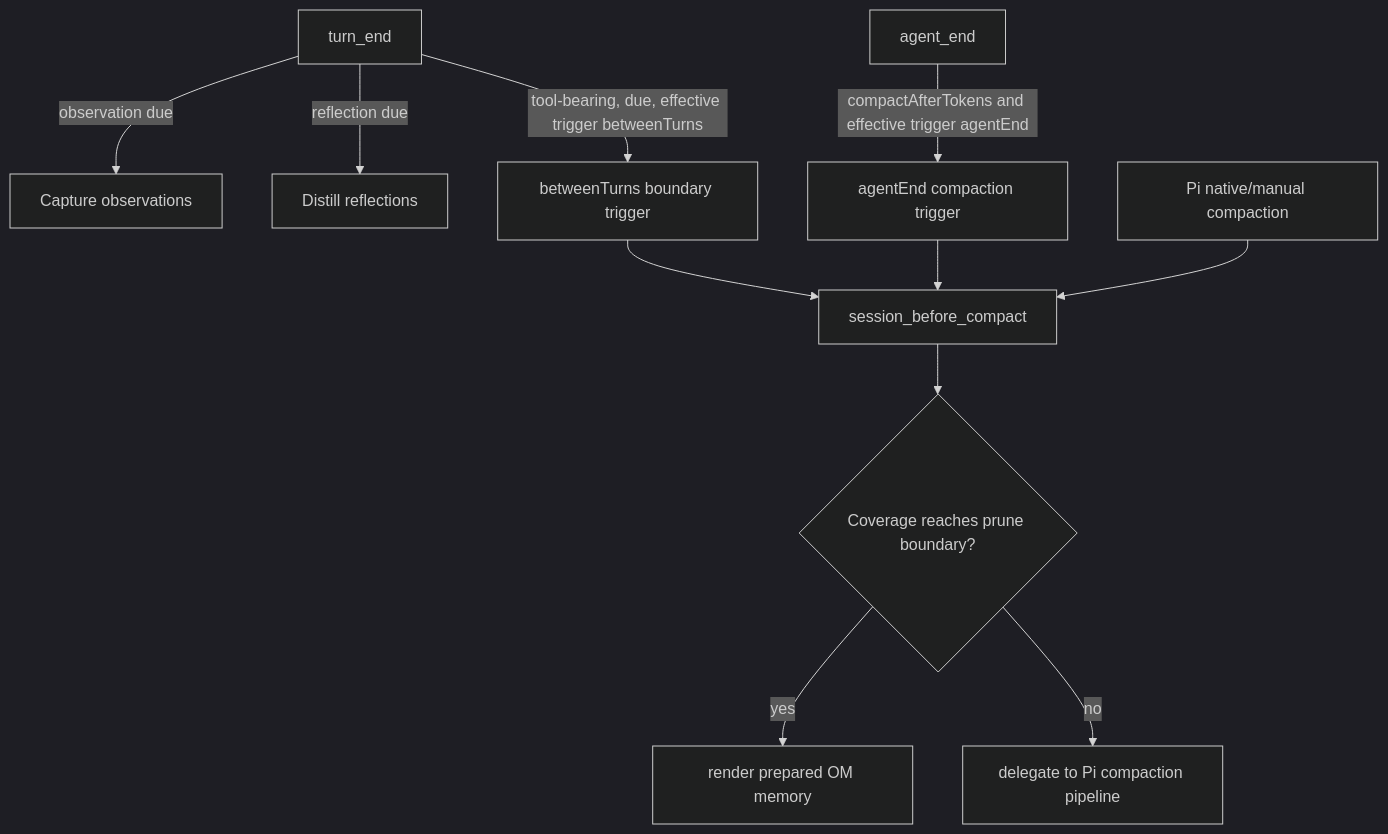
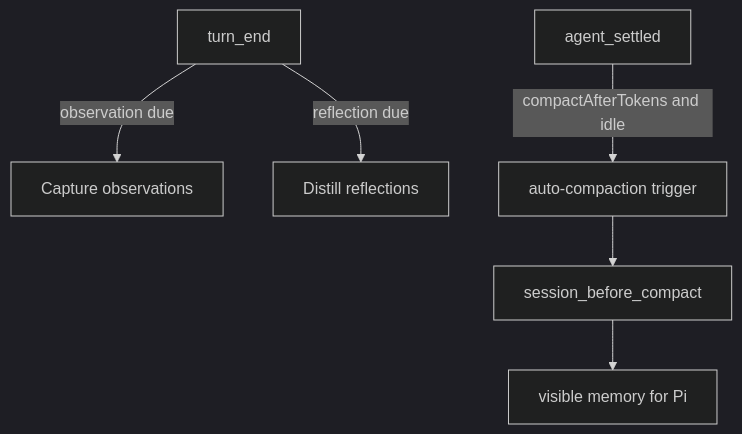
The diagram in README.md (Whamp/pi-observational-memory), drawn with Mermaid (dark theme) before and after one commit. The commit also changed other lines of this file and 72 other files, not shown here.

````diff
--- a/README.md
+++ b/README.md
@@ -357,23 +334,14 @@
 ```mermaid
 flowchart TD
     Turn[turn_end]
     Observe[Capture observations]
     Reflect[Distill reflections]
-    AgentEnd[agent_end]
-    Trigger[agentEnd compaction trigger]
-    Between[betweenTurns boundary trigger]
-    Native[Pi native/manual compaction]
+    AgentSettled[agent_settled]
+    Trigger[auto-compaction trigger]
     Compact[session_before_compact]
-    Authority{Coverage reaches prune boundary?}
-    Summary[render prepared OM memory]
-    Delegate[delegate to Pi compaction pipeline]
+    Summary[visible memory for Pi]
 
     Turn -->|observation due| Observe
     Turn -->|reflection due| Reflect
-    Turn -->|tool-bearing, due, effective trigger betweenTurns| Between --> Compact
-    AgentEnd -->|compactAfterTokens and effective trigger agentEnd| Trigger --> Compact
-    Native --> Compact
-    Compact --> Authority
-    Authority -->|yes| Summary
-    Authority -->|no| Delegate
+    AgentSettled -->|compactAfterTokens and idle| Trigger --> Compact --> Summary
 ```
````
